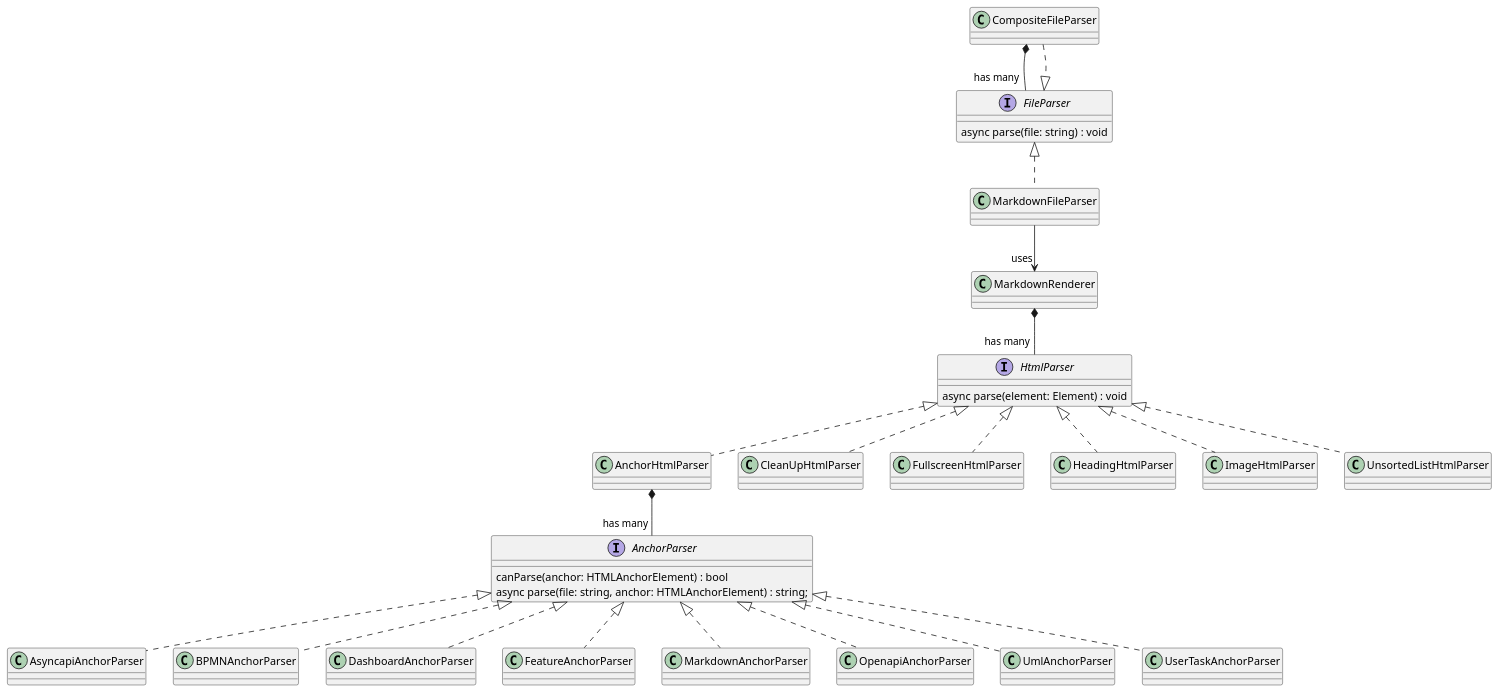
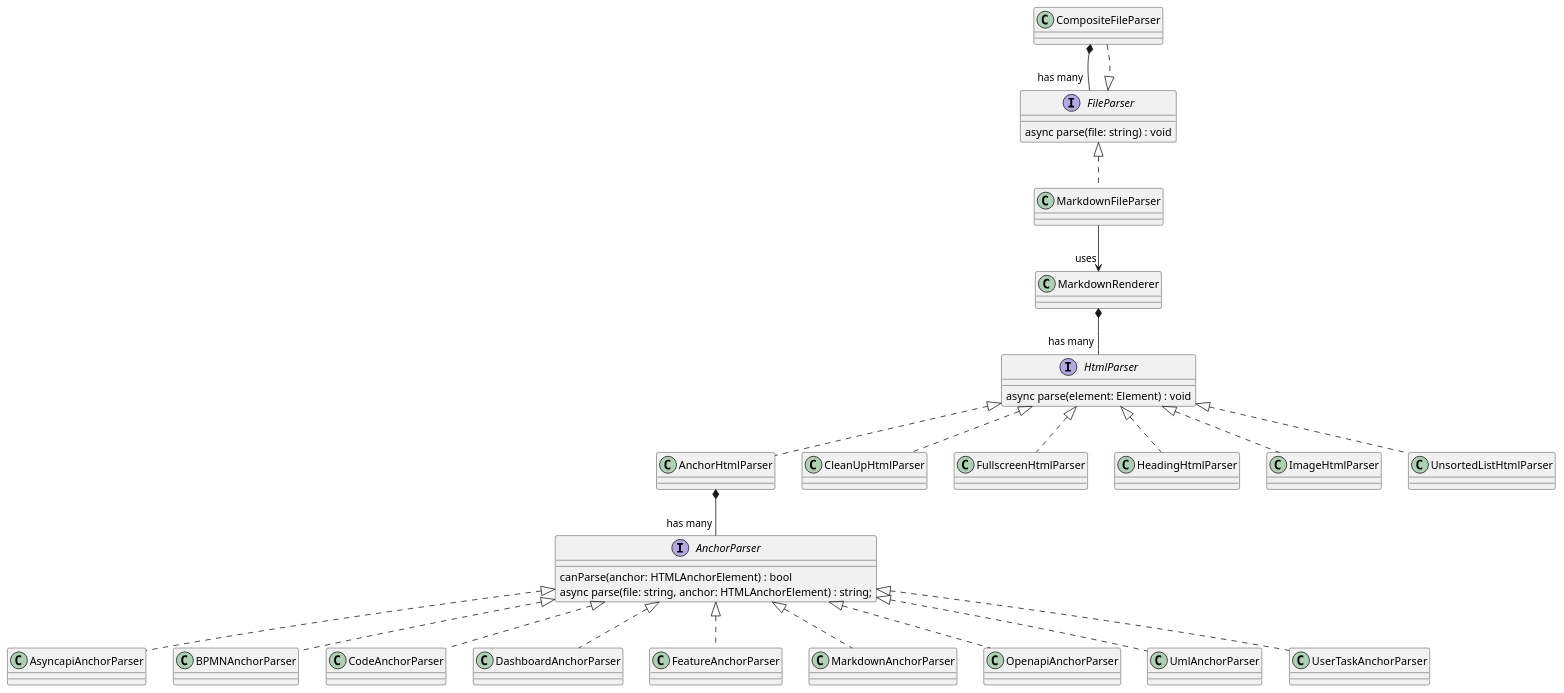
The diagram in docs/md-docs-cli/index.md (synionnl/products), drawn with PlantUML before and after one commit. The commit also changed other lines of this file and 5 other files, not shown here.

````diff
--- a/docs/md-docs-cli/index.md
+++ b/docs/md-docs-cli/index.md
@@ -84,61 +85,63 @@
 ```plantuml
 @startuml
 
 class MarkdownRenderer
 
 interface FileParser {
     async parse(file: string) : void
 }
 class CompositeFileParser
 Class MarkdownFileParser
 
 interface HtmlParser {
     async parse(element: Element) : void
 }
 class AnchorHtmlParser
 class CleanUpHtmlParser
 class FullscreenHtmlParser
 class HeadingHtmlParser
 class ImageHtmlParser
 class UnsortedListHtmlParser
 
 interface AnchorParser {
     canParse(anchor: HTMLAnchorElement) : bool
     async parse(file: string, anchor: HTMLAnchorElement) : string;
 }
 class AsyncapiAnchorParser
 class BPMNAnchorParser
+class CodeAnchorParser
 class DashboardAnchorParser
 class FeatureAnchorParser
 class MarkdownAnchorParser
 class OpenapiAnchorParser
 class UmlAnchorParser
 class UserTaskAnchorParser
 
 CompositeFileParser *-- "has many" FileParser
 FileParser <|.. MarkdownFileParser
 CompositeFileParser ..|> FileParser
 
 MarkdownFileParser --> "uses" MarkdownRenderer
 
 MarkdownRenderer *-- "has many" HtmlParser
 
 HtmlParser <|.. AnchorHtmlParser
 HtmlParser <|.. CleanUpHtmlParser
 HtmlParser <|.. FullscreenHtmlParser
 HtmlParser <|.. HeadingHtmlParser
 HtmlParser <|.. ImageHtmlParser
 HtmlParser <|.. UnsortedListHtmlParser
 
 AnchorHtmlParser *-- "has many" AnchorParser
 AnchorParser <|.. AsyncapiAnchorParser
 AnchorParser <|.. BPMNAnchorParser
+AnchorParser <|.. CodeAnchorParser
 AnchorParser <|.. DashboardAnchorParser
 AnchorParser <|.. FeatureAnchorParser
 AnchorParser <|.. MarkdownAnchorParser
 AnchorParser <|.. OpenapiAnchorParser
 AnchorParser <|.. UmlAnchorParser
 AnchorParser <|.. UserTaskAnchorParser
 
 @enduml
 ```
````
